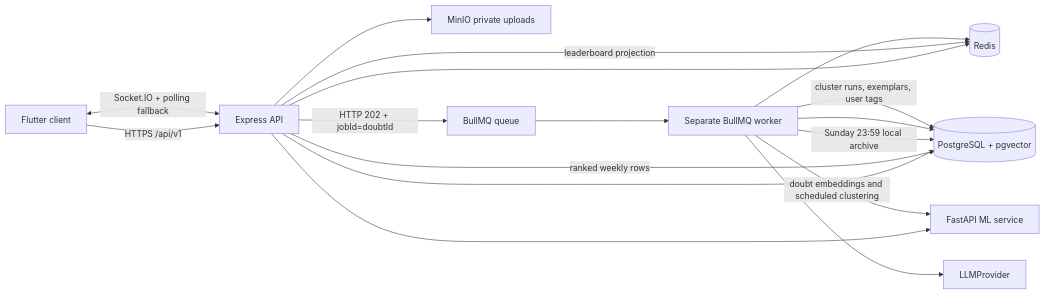
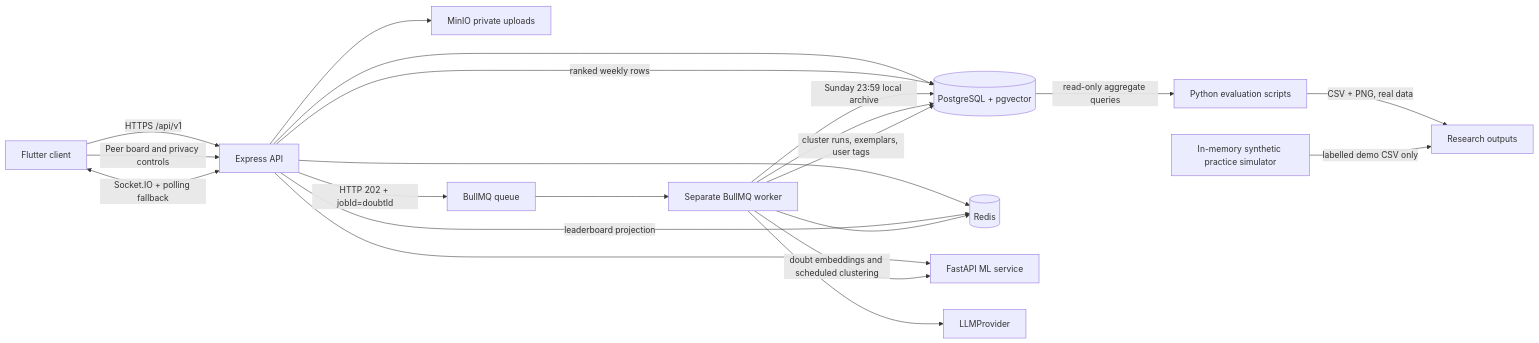
The diagram in docs/ARCHITECTURE.md (pranjals2004/solvix), drawn with Mermaid before and after one commit. The commit also changed other lines of this file and 21 other files, not shown here.

Commit message:
Complete Phase 9 evaluation and research docs

````diff
--- a/docs/ARCHITECTURE.md
+++ b/docs/ARCHITECTURE.md
@@ -3,19 +3,23 @@
 ```mermaid
 flowchart LR
   M[Flutter client] -->|HTTPS /api/v1| A[Express API]
+  M -->|Peer board and privacy controls| A
   M <-->|Socket.IO + polling fallback| A
   A --> P[(PostgreSQL + pgvector)]
   A --> R[(Redis)]
   A -->|leaderboard projection| R
   A -->|ranked weekly rows| P
   A --> S[MinIO private uploads]
   A --> ML[FastAPI embeddings]
   A -->|HTTP 202 + jobId=doubtId| Q[BullMQ queue]
   Q --> W[Separate BullMQ worker]
   W -->|Sunday 23:59 local archive| P
   W --> P
   W --> R
   W --> L[LLMProvider]
   W -->|doubt embeddings and scheduled clustering| ML[FastAPI ML service]
   W -->|cluster runs, exemplars, user tags| P
+  P -->|read-only aggregate queries| E[Python evaluation scripts]
+  E -->|CSV + PNG, real data| O[Research outputs]
+  SIM[In-memory synthetic practice simulator] -->|labelled demo CSV only| O
 ```
````
